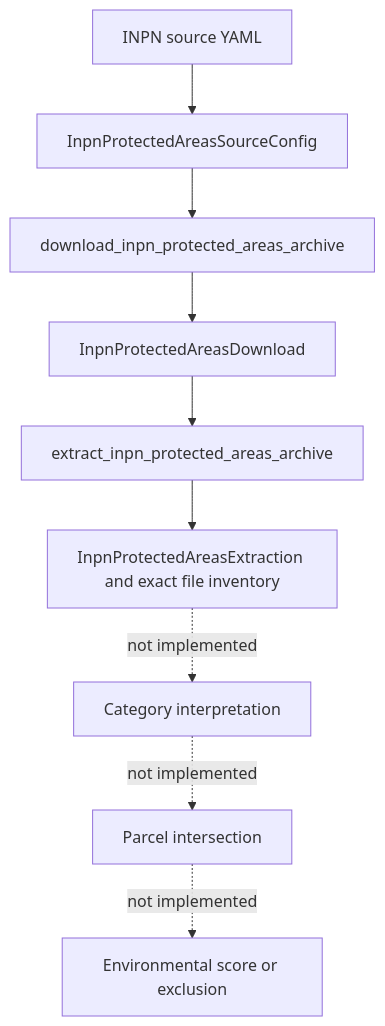
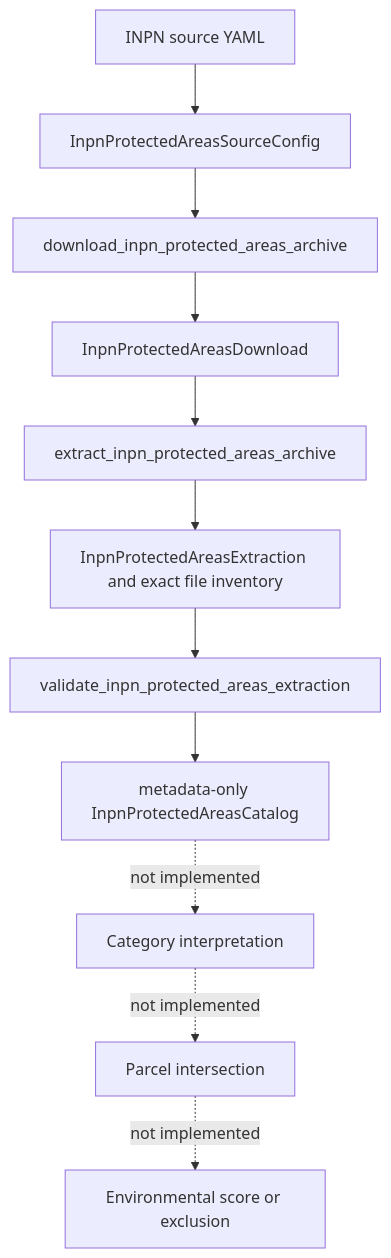
One commit to hmsouhaib/landscout-ai changed the diagram in docs/code/ENVIRONMENT_PIPELINE.md. Above: the diagram before and after it, drawn with Mermaid. The commit also changed other lines of this file and 17 other files, not shown here.

Commit message:
feat: catalog INPN protected-area GeoPackages

````diff
--- a/docs/code/ENVIRONMENT_PIPELINE.md
+++ b/docs/code/ENVIRONMENT_PIPELINE.md
@@ -7,11 +7,13 @@
 ```mermaid
 flowchart TD
     Yaml[INPN source YAML] --> Config[InpnProtectedAreasSourceConfig]
     Config --> Download[download_inpn_protected_areas_archive]
     Download --> Bytes[InpnProtectedAreasDownload]
     Bytes --> Extract[extract_inpn_protected_areas_archive]
     Extract --> Inventory[InpnProtectedAreasExtraction and exact file inventory]
-    Inventory -. not implemented .-> Semantics[Category interpretation]
+    Inventory --> Revalidate[validate_inpn_protected_areas_extraction]
+    Revalidate --> Catalog[metadata-only InpnProtectedAreasCatalog]
+    Catalog -. not implemented .-> Semantics[Category interpretation]
     Semantics -. not implemented .-> Overlay[Parcel intersection]
     Overlay -. not implemented .-> Decision[Environmental score or exclusion]
 ```
````
